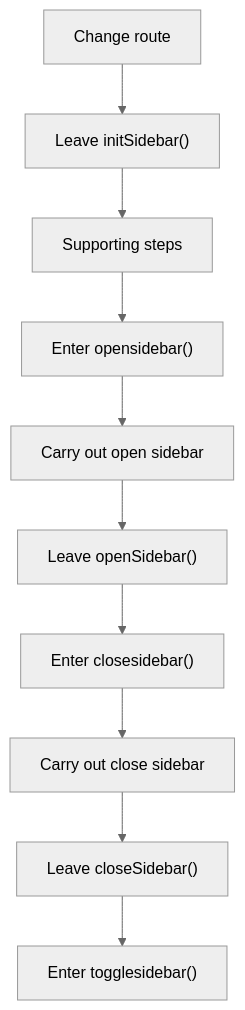
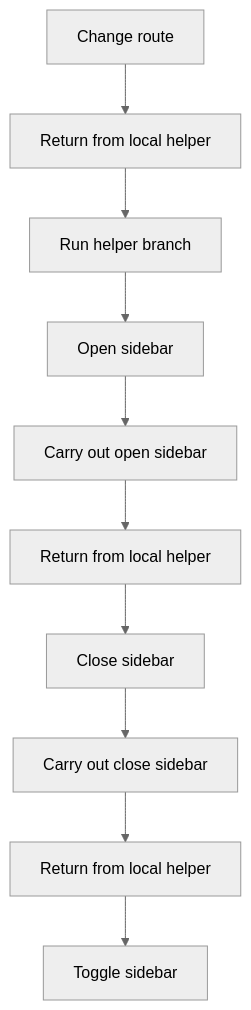
Before and after one commit to JohnAndrewBalbarosa/NeoTerritory: the second of 4 diagrams in docs/Codebase/Frontend/scripts/sidebar/sidebar_program_flow.js.md, drawn with Mermaid (neutral theme). The commit also changed other lines of this file and 915 other files, not shown here.

````diff
--- a/docs/Codebase/Frontend/scripts/sidebar/sidebar_program_flow.js.md
+++ b/docs/Codebase/Frontend/scripts/sidebar/sidebar_program_flow.js.md
@@ -34,22 +34,22 @@
 ```mermaid
 flowchart TD
     N0["Change route"]
-    N1["Leave initSidebar()"]
-    N2["Supporting steps"]
-    N3["Enter opensidebar()"]
+    N1["Return from local helper"]
+    N2["Run helper branch"]
+    N3["Open sidebar"]
     N4["Carry out open sidebar"]
-    N5["Leave openSidebar()"]
-    N6["Enter closesidebar()"]
+    N5["Return from local helper"]
+    N6["Close sidebar"]
     N7["Carry out close sidebar"]
-    N8["Leave closeSidebar()"]
-    N9["Enter togglesidebar()"]
+    N8["Return from local helper"]
+    N9["Toggle sidebar"]
     N0 --> N1
     N1 --> N2
     N2 --> N3
     N3 --> N4
     N4 --> N5
     N5 --> N6
     N6 --> N7
     N7 --> N8
     N8 --> N9
 ```
````
